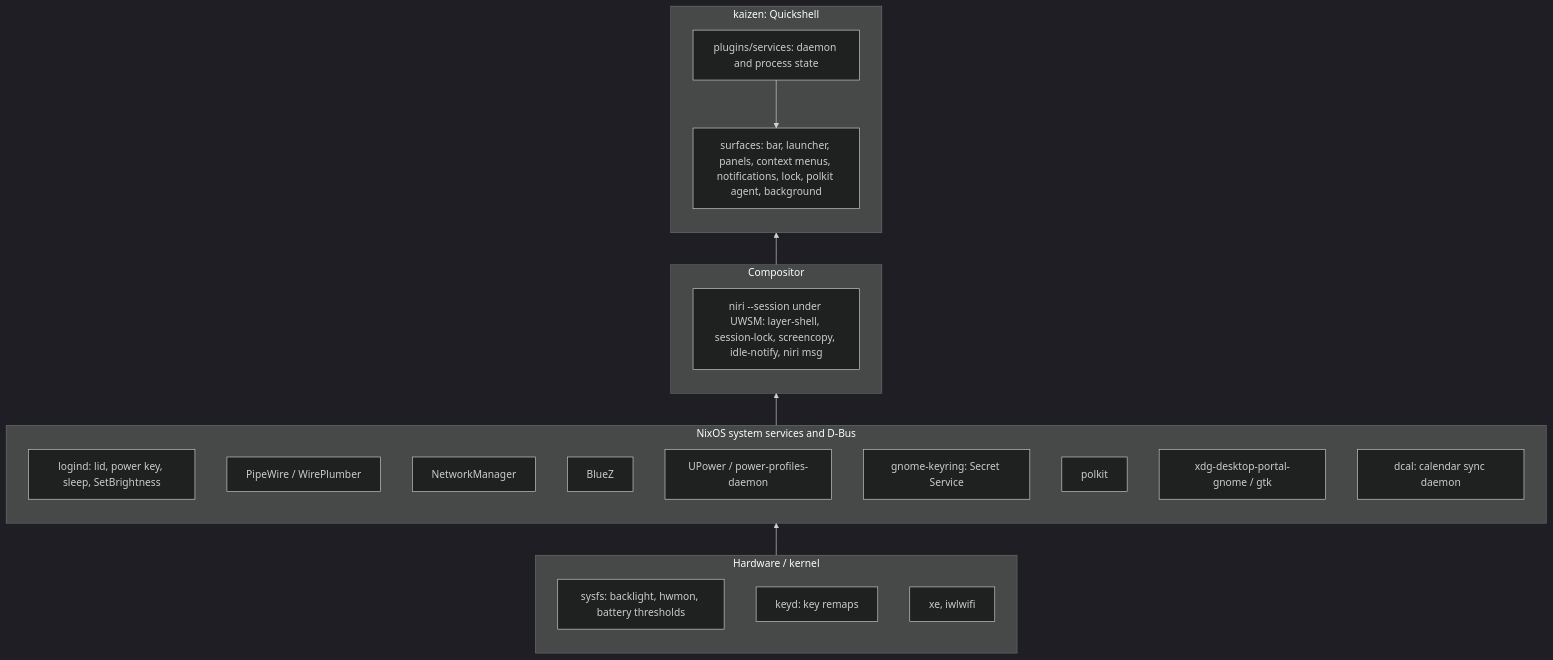
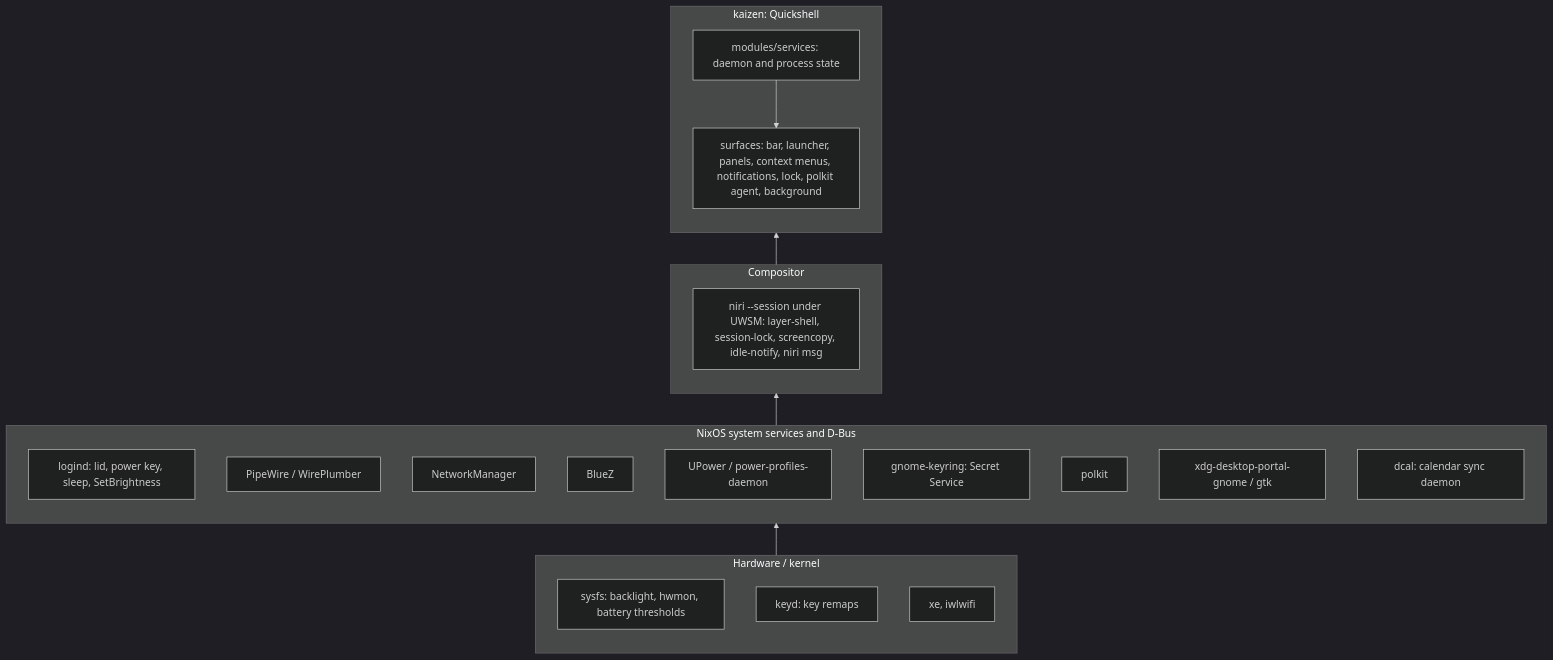
One commit to fredrikaverpil/dotfiles changed the diagram in nix/shared/system/kaizen/KAIZEN.md. Above: the diagram before and after it, drawn with Mermaid (dark theme). The commit also changed other lines of this file and 88 other files, not shown here.

First line of the commit message:
refactor(kaizen): rename the core plugins/ directory to modules/

````diff
--- a/nix/shared/system/kaizen/KAIZEN.md
+++ b/nix/shared/system/kaizen/KAIZEN.md
@@ -22,28 +22,28 @@
 ```mermaid
 flowchart BT
   subgraph HW[Hardware / kernel]
     sysfs[sysfs: backlight, hwmon, battery thresholds]
     keyd[keyd: key remaps]
     drv[xe, iwlwifi]
   end
   subgraph SYS[NixOS system services and D-Bus]
     logind[logind: lid, power key, sleep, SetBrightness]
     pw[PipeWire / WirePlumber]
     nm[NetworkManager]
     bluez[BlueZ]
     upower[UPower / power-profiles-daemon]
     keyring[gnome-keyring: Secret Service]
     polkitd[polkit]
     portal[xdg-desktop-portal-gnome / gtk]
     dcal[dcal: calendar sync daemon]
   end
   subgraph WM[Compositor]
     niri["niri --session under UWSM: layer-shell, session-lock, screencopy, idle-notify, niri msg"]
   end
   subgraph SHELL[kaizen: Quickshell]
-    svc[plugins/services: daemon and process state]
+    svc[modules/services: daemon and process state]
     ui[surfaces: bar, launcher, panels, context menus, notifications, lock, polkit agent, background]
     svc --> ui
   end
   HW --> SYS --> WM --> SHELL
 ```
````
